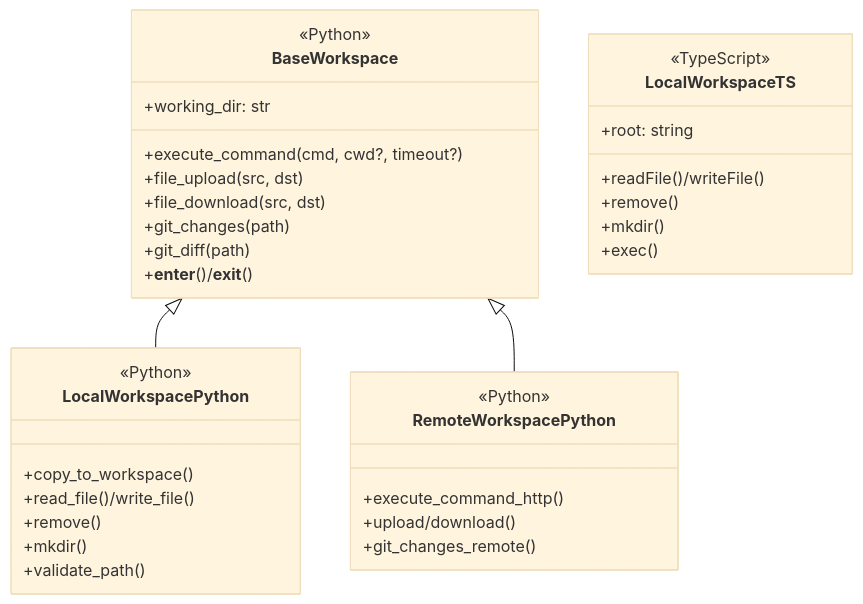
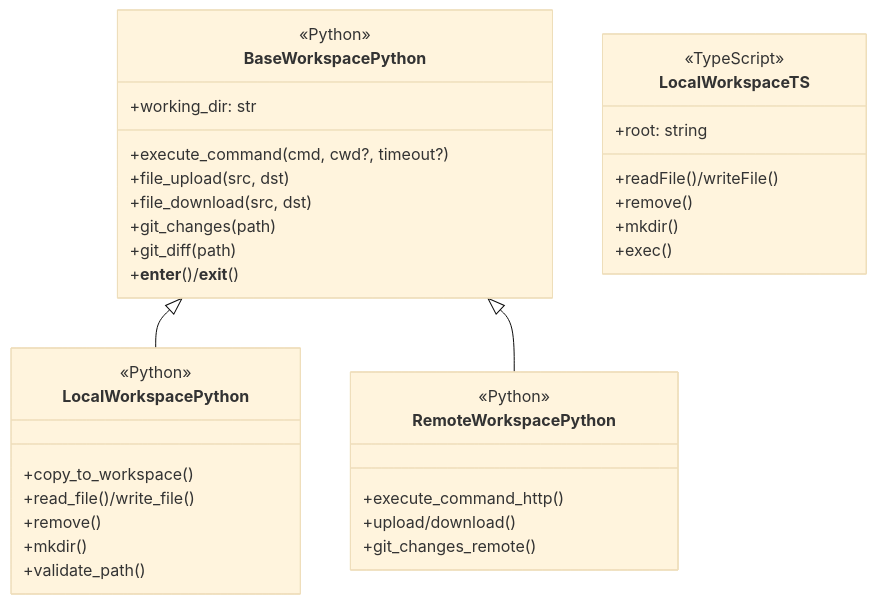
Before and after one commit to enyst/OpenHands-Tab: the first of 4 diagrams in packages/agent-sdk-ts/docs/python-parity.md, drawn with Mermaid (base theme). The commit also changed other lines of this file, not shown here.

First line of the commit message:
docs(parity): comprehensive update to Python-TypeScript SDK parity doc (#762)

````diff
--- a/packages/agent-sdk-ts/docs/python-parity.md
+++ b/packages/agent-sdk-ts/docs/python-parity.md
@@ -254,37 +340,37 @@
 ```mermaid
 classDiagram
-    class BaseWorkspace {
+    class BaseWorkspacePython {
       <<Python>>
       +working_dir: str
       +execute_command(cmd, cwd?, timeout?)
       +file_upload(src, dst)
       +file_download(src, dst)
       +git_changes(path)
       +git_diff(path)
       +__enter__()/__exit__()
     }
     class LocalWorkspacePython {
       <<Python>>
       +copy_to_workspace()
       +read_file()/write_file()
       +remove()
       +mkdir()
       +validate_path()
     }
     class RemoteWorkspacePython {
       <<Python>>
       +execute_command_http()
       +upload/download()
       +git_changes_remote()
     }
-    BaseWorkspace <|-- LocalWorkspacePython
-    BaseWorkspace <|-- RemoteWorkspacePython
+    BaseWorkspacePython <|-- LocalWorkspacePython
+    BaseWorkspacePython <|-- RemoteWorkspacePython
     class LocalWorkspaceTS {
       <<TypeScript>>
       +root: string
       +readFile()/writeFile()
       +remove()
       +mkdir()
       +exec()
     }
 ```
````
